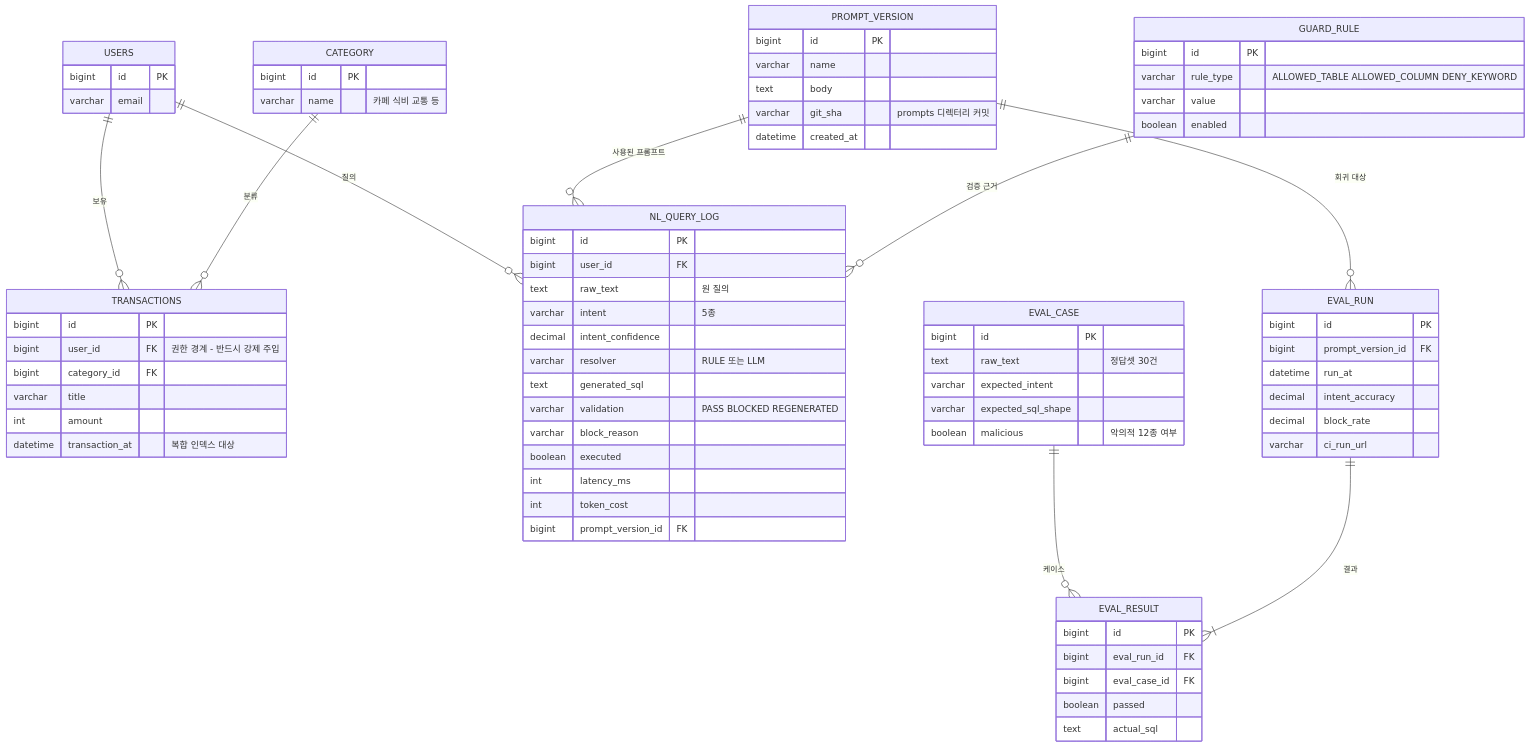
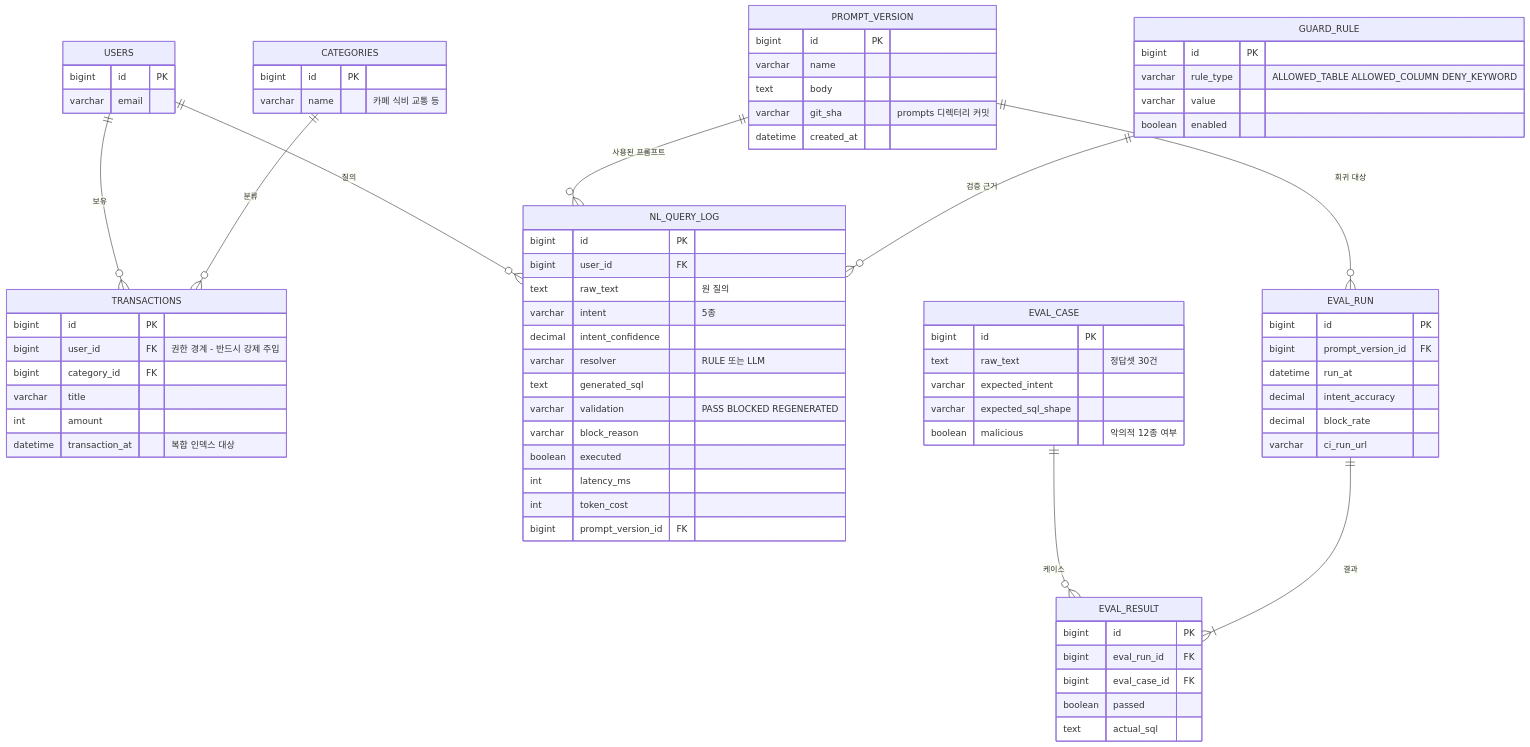
The diagram in docs/03-erd.md (95nine99-rgb/nl-query-guard), drawn with Mermaid before and after one commit. The commit also changed 18 other files, not shown here.

````diff
--- a/docs/03-erd.md
+++ b/docs/03-erd.md
@@ -6,77 +6,77 @@
 ```mermaid
 erDiagram
   USERS ||--o{ TRANSACTIONS : "보유"
-  CATEGORY ||--o{ TRANSACTIONS : "분류"
+  CATEGORIES ||--o{ TRANSACTIONS : "분류"
   USERS ||--o{ NL_QUERY_LOG : "질의"
   PROMPT_VERSION ||--o{ NL_QUERY_LOG : "사용된 프롬프트"
   GUARD_RULE ||--o{ NL_QUERY_LOG : "검증 근거"
   PROMPT_VERSION ||--o{ EVAL_RUN : "회귀 대상"
   EVAL_CASE ||--o{ EVAL_RESULT : "케이스"
   EVAL_RUN ||--|{ EVAL_RESULT : "결과"
   USERS {
     bigint id PK
     varchar email
   }
-  CATEGORY {
+  CATEGORIES {
     bigint id PK
     varchar name "카페 식비 교통 등"
   }
   TRANSACTIONS {
     bigint id PK
     bigint user_id FK "권한 경계 - 반드시 강제 주입"
     bigint category_id FK
     varchar title
     int amount
     datetime transaction_at "복합 인덱스 대상"
   }
   NL_QUERY_LOG {
     bigint id PK
     bigint user_id FK
     text raw_text "원 질의"
     varchar intent "5종"
     decimal intent_confidence
     varchar resolver "RULE 또는 LLM"
     text generated_sql
     varchar validation "PASS BLOCKED REGENERATED"
     varchar block_reason
     boolean executed
     int latency_ms
     int token_cost
     bigint prompt_version_id FK
   }
   GUARD_RULE {
     bigint id PK
     varchar rule_type "ALLOWED_TABLE ALLOWED_COLUMN DENY_KEYWORD"
     varchar value
     boolean enabled
   }
   PROMPT_VERSION {
     bigint id PK
     varchar name
     text body
     varchar git_sha "prompts 디렉터리 커밋"
     datetime created_at
   }
   EVAL_CASE {
     bigint id PK
     text raw_text "정답셋 30건"
     varchar expected_intent
     varchar expected_sql_shape
     boolean malicious "악의적 12종 여부"
   }
   EVAL_RUN {
     bigint id PK
     bigint prompt_version_id FK
     datetime run_at
     decimal intent_accuracy
     decimal block_rate
     varchar ci_run_url
   }
   EVAL_RESULT {
     bigint id PK
     bigint eval_run_id FK
     bigint eval_case_id FK
     boolean passed
     text actual_sql
   }
 ```
````
